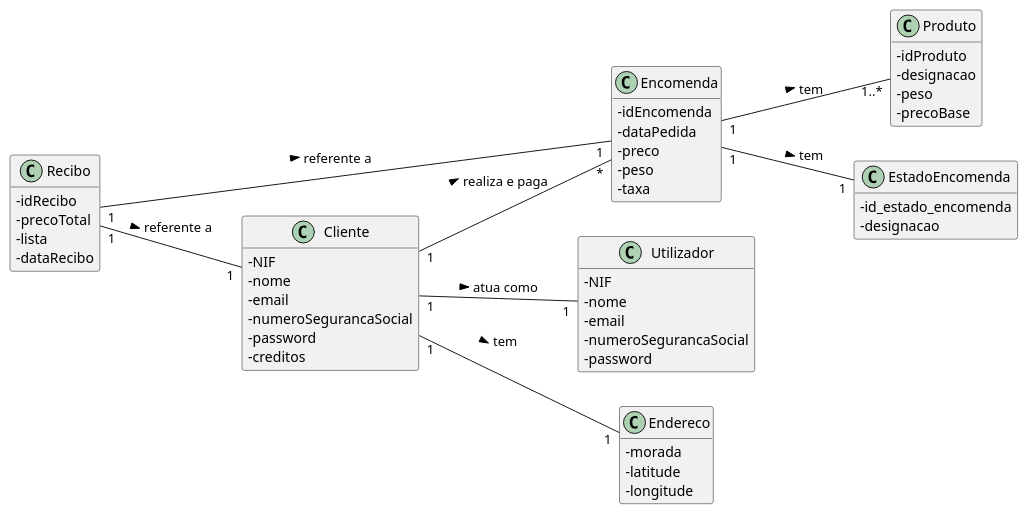
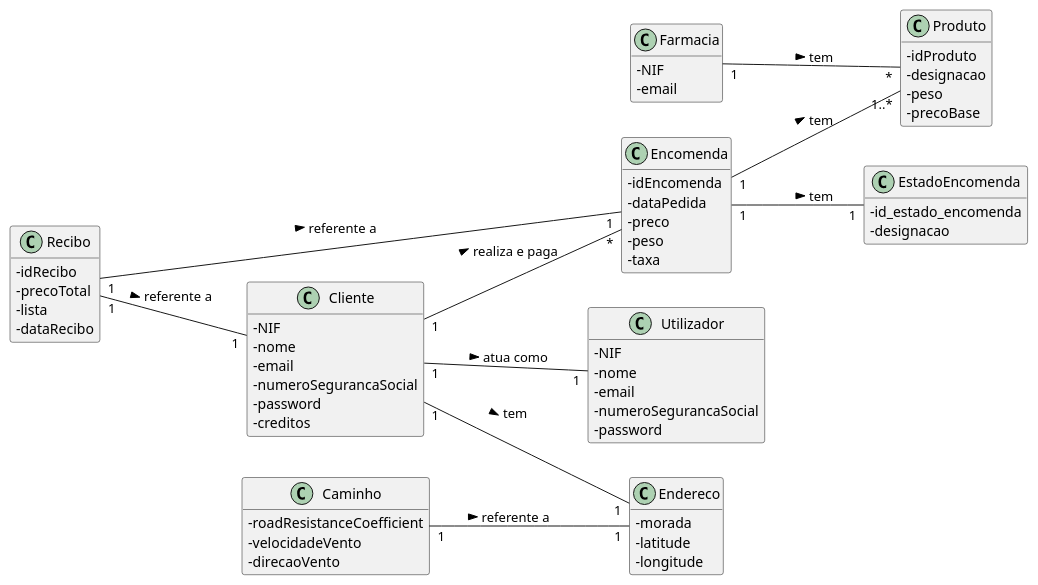
Before and after one commit to pedrolemos4/LAPR3: the diagram in docs/UC25/MD.puml, drawn with PlantUML. The commit also changed 5 other files, not shown here.

```diff
--- a/docs/UC25/MD.puml
+++ b/docs/UC25/MD.puml
@@ -1,66 +1,79 @@
 @startuml
 skinparam classAttributeIconSize 0
 hide methods
 left to right direction
 
 
 class Encomenda {
   -idEncomenda
   -dataPedida
   -preco
   -peso
   -taxa
 }
 
 class Recibo {
   -idRecibo
   -precoTotal
   -lista
   -dataRecibo
 }
 
 class Produto {
   -idProduto
   -designacao
   -peso
   -precoBase
 }
 
 class Utilizador {
   -NIF
   -nome
   -email
   -numeroSegurancaSocial
   -password
 }
 
 class Endereco {
   -morada
   -latitude
   -longitude
 }
 
 class Cliente {
   -NIF
   -nome
   -email
   -numeroSegurancaSocial
   -password
   -creditos
 }
 
 class EstadoEncomenda {
   -id_estado_encomenda
   -designacao
 }
 
+class Caminho {
+  -roadResistanceCoefficient
+  -velocidadeVento
+  -direcaoVento
+}
+
+class Farmacia {
+  -NIF
+  -email
+}
+
 
 Encomenda "1" -- "1" EstadoEncomenda : tem >
 Cliente "1" -- "1" Utilizador: atua como >
 Cliente "1" -- "*" Encomenda: realiza e paga >
 Encomenda "1" -- "1..*" Produto: tem >
 Cliente "1" -- "1" Endereco: tem >
 Recibo "1" -- "1" Encomenda: referente a >
 Recibo "1" -- "1" Cliente: referente a >
+Farmacia "1" -- "*" Produto: tem >
+Caminho "1" -- "1" Endereco: referente a >
 
 @enduml
```
